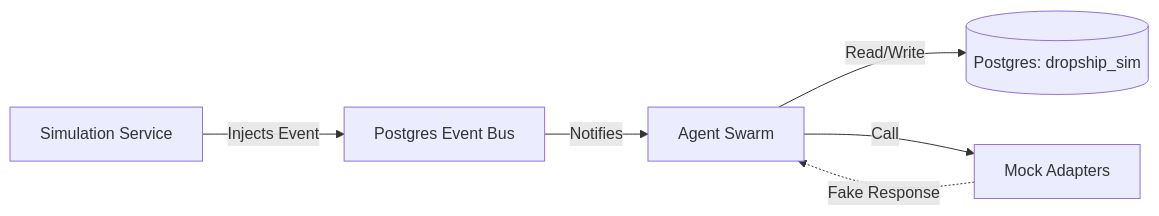
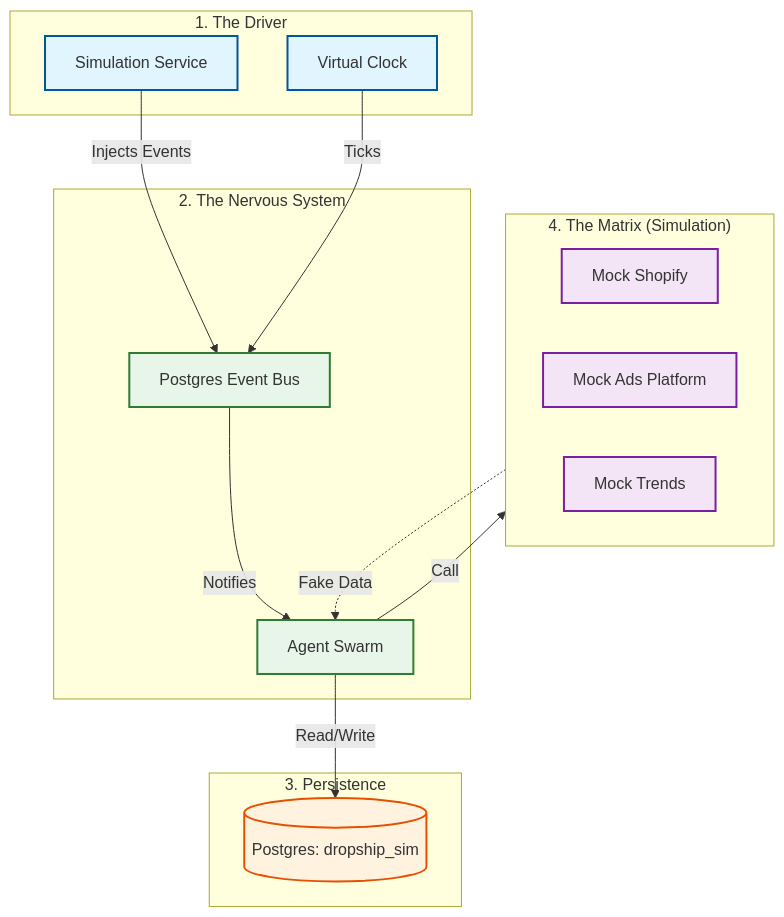
The first of 2 diagrams in Documentation/Reference/ENVIRONMENT_SIMULATION_V_LIVE.md (andylelli/ds1), drawn with Mermaid before and after one commit. The commit also changed other lines of this file and 1 other file, not shown here.

````diff
--- a/Documentation/Reference/ENVIRONMENT_SIMULATION_V_LIVE.md
+++ b/Documentation/Reference/ENVIRONMENT_SIMULATION_V_LIVE.md
@@ -25,8 +25,35 @@
 ```mermaid
-flowchart LR
-  Sim[Simulation Service] -->|Injects Event| Bus[Postgres Event Bus]
-  Bus -->|Notifies| Agents[Agent Swarm]
-  Agents -->|Read/Write| DB[(Postgres: dropship_sim)]
-  Agents -->|Call| Mocks[Mock Adapters]
-  Mocks -.->|Fake Response| Agents
+flowchart TD
+  %% Styles
+  classDef trigger fill:#e1f5fe,stroke:#01579b,stroke-width:2px;
+  classDef core fill:#e8f5e9,stroke:#2e7d32,stroke-width:2px;
+  classDef data fill:#fff3e0,stroke:#e65100,stroke-width:2px;
+  classDef mock fill:#f3e5f5,stroke:#7b1fa2,stroke-width:2px;
+
+  subgraph Triggers ["1. The Driver"]
+    SimService[Simulation Service]:::trigger
+    Clock[Virtual Clock]:::trigger
+  end
+
+  subgraph Core ["2. The Nervous System"]
+    Bus[Postgres Event Bus]:::core
+    Agents[Agent Swarm]:::core
+  end
+
+  subgraph Data ["3. Persistence"]
+    DB[(Postgres: dropship_sim)]:::data
+  end
+
+  subgraph Mocks ["4. The Matrix (Simulation)"]
+    MockShop[Mock Shopify]:::mock
+    MockAds[Mock Ads Platform]:::mock
+    MockTrends[Mock Trends]:::mock
+  end
+
+  SimService -->|Injects Events| Bus
+  Clock -->|Ticks| Bus
+  Bus -->|Notifies| Agents
+  Agents -->|Read/Write| DB
+  Agents -->|Call| Mocks
+  Mocks -.->|Fake Data| Agents
 ```
````
